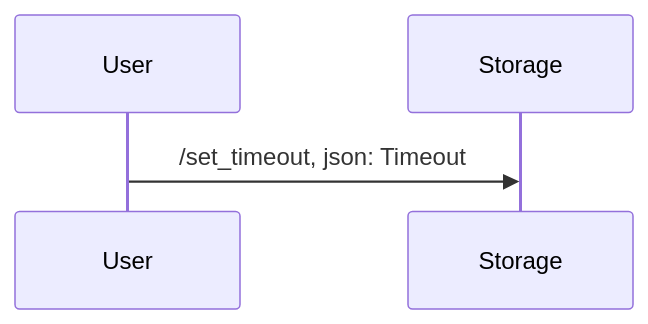
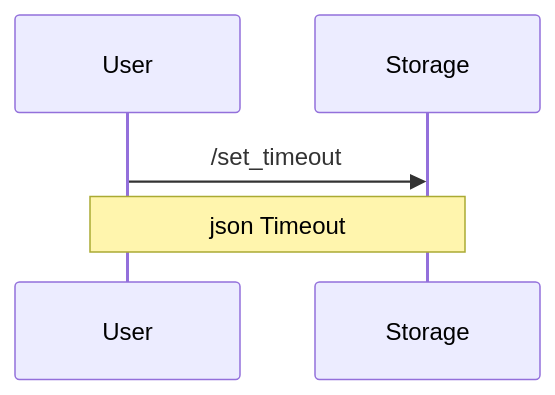
Before and after one commit to XJIeI5/calculator: the sixth of 10 diagrams in README.md, drawn with Mermaid. The commit also changed other lines of this file, not shown here.

````diff
--- a/README.md
+++ b/README.md
@@ -217,7 +226,8 @@
 ```mermaid
 sequenceDiagram
 participant U as User
 participant S as Storage
 
-U->>S: /set_timeout, json: Timeout
+U->>S: /set_timeout
+Note over U,S: json Timeout
 ```
````
